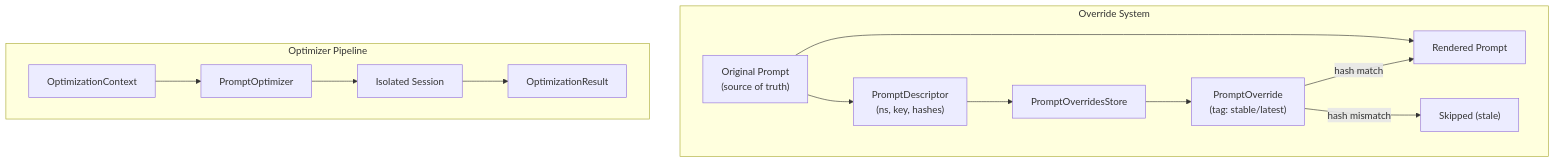
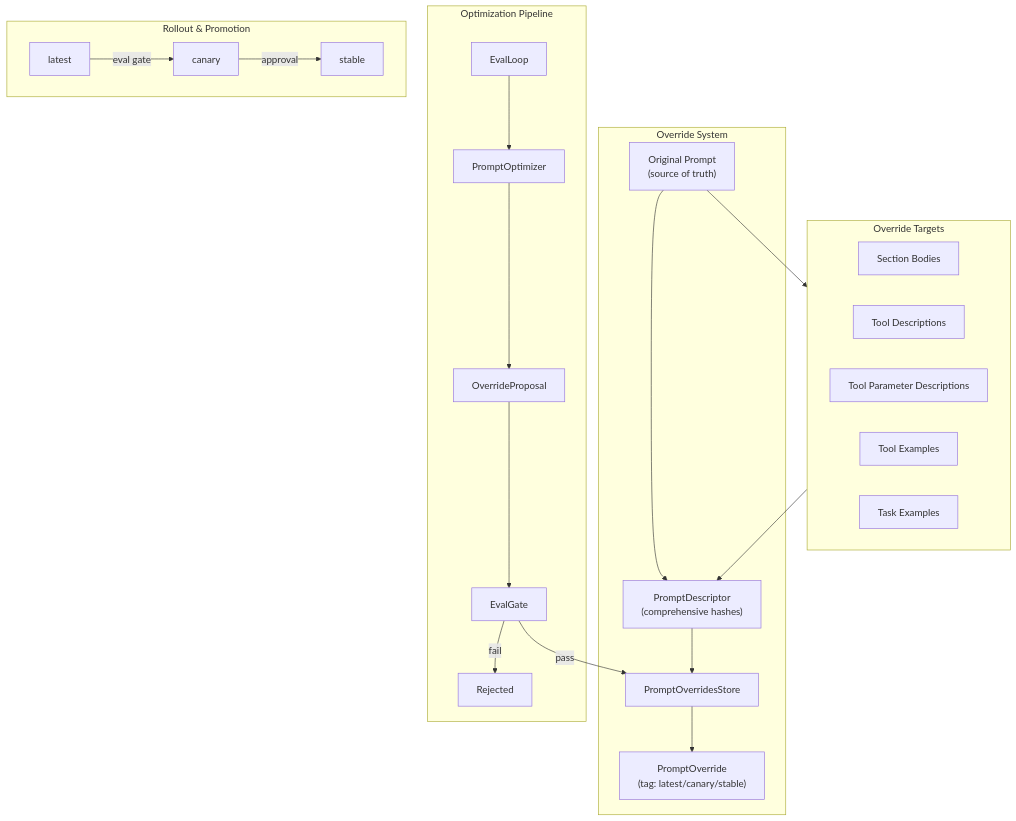
Before and after one commit to weakincentives/weakincentives: the first of 2 diagrams in specs/PROMPT_OPTIMIZATION.md, drawn with Mermaid. The commit also changed other lines of this file, not shown here.

First line of the commit message:
Overhaul prompt overrides spec for comprehensive string literal coverage

````diff
--- a/specs/PROMPT_OPTIMIZATION.md
+++ b/specs/PROMPT_OPTIMIZATION.md
@@ -17,28 +23,46 @@
 ```mermaid
 flowchart TB
+    subgraph Targets["Override Targets"]
+        Sections["Section Bodies"]
+        ToolDesc["Tool Descriptions"]
+        ToolParams["Tool Parameter Descriptions"]
+        ToolExamples["Tool Examples"]
+        TaskExamples["Task Examples"]
+    end
+
     subgraph Override["Override System"]
         Original["Original Prompt<br/>(source of truth)"]
-        Descriptor["PromptDescriptor<br/>(ns, key, hashes)"]
+        Descriptor["PromptDescriptor<br/>(comprehensive hashes)"]
         Store["PromptOverridesStore"]
-        Override_["PromptOverride<br/>(tag: stable/latest)"]
+        Override_["PromptOverride<br/>(tag: latest/canary/stable)"]
 
         Original --> Descriptor
         Store --> Override_
-        Override_ -->|hash match| Rendered
-        Override_ -->|hash mismatch| Skipped["Skipped (stale)"]
     end
 
-    subgraph Optimizer["Optimizer Pipeline"]
-        Context["OptimizationContext"]
-        Optimizer_["PromptOptimizer"]
-        IsolatedSession["Isolated Session"]
-        Result["OptimizationResult"]
+    subgraph Optimization["Optimization Pipeline"]
+        Evals["EvalLoop"]
+        Optimizer["PromptOptimizer"]
+        Proposal["OverrideProposal"]
+        Gate["EvalGate"]
 
-        Context --> Optimizer_
-        Optimizer_ --> IsolatedSession
-        IsolatedSession --> Result
+        Evals --> Optimizer
+        Optimizer --> Proposal
+        Proposal --> Gate
+        Gate -->|pass| Store
+        Gate -->|fail| Rejected["Rejected"]
+    end
+
+    subgraph Rollout["Rollout & Promotion"]
+        Latest["latest"]
+        Canary["canary"]
+        Stable["stable"]
+
+        Latest -->|eval gate| Canary
+        Canary -->|approval| Stable
     end
 
     Descriptor --> Store
-    Original --> Rendered["Rendered Prompt"]
+    Original --> Targets
+    Targets --> Descriptor
 ```
````
